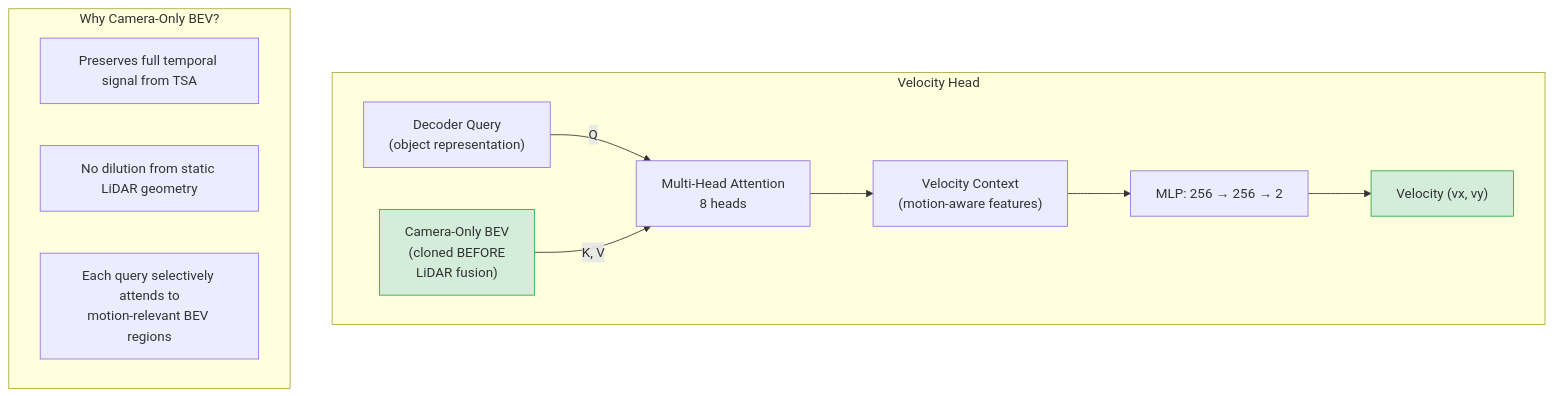
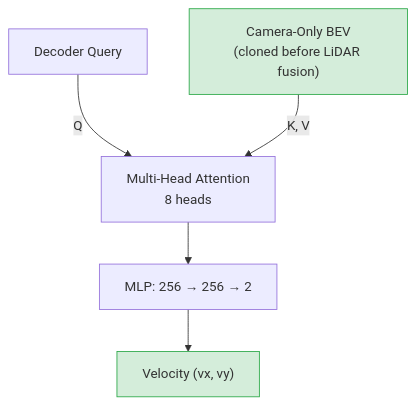
One commit to xiaotwu/BEVFormerFusion changed the third of 4 diagrams in doc/07-detection-heads.md. Above: the diagram before and after it, drawn with Mermaid. The commit also changed other lines of this file and 14 other files, not shown here.

Commit message:
Add Velocity Head documentation and update navigation links across chapters

````diff
--- a/doc/07-detection-heads.md
+++ b/doc/07-detection-heads.md
@@ -149,23 +126,13 @@
 ```mermaid
 graph TD
-    subgraph "Velocity Head"
-        DQ["Decoder Query<br/>(object representation)"]
-        CAM["Camera-Only BEV<br/>(cloned BEFORE<br/>LiDAR fusion)"]
+    DQ["Decoder Query"]
+    CAM["Camera-Only BEV<br/>(cloned before LiDAR fusion)"]
 
-        DQ -->|"Q"| MHA["Multi-Head Attention<br/>8 heads"]
-        CAM -->|"K, V"| MHA
-
-        MHA --> CTX["Velocity Context<br/>(motion-aware features)"]
-        CTX --> MLP["MLP: 256 → 256 → 2"]
-        MLP --> VEL["Velocity (vx, vy)"]
-    end
-
-    subgraph "Why Camera-Only BEV?"
-        P1["Preserves full temporal signal from TSA"]
-        P2["No dilution from static LiDAR geometry"]
-        P3["Each query selectively attends to<br/>motion-relevant BEV regions"]
-    end
+    DQ -->|"Q"| MHA["Multi-Head Attention<br/>8 heads"]
+    CAM -->|"K, V"| MHA
+    MHA --> MLP["MLP: 256 → 256 → 2"]
+    MLP --> VEL["Velocity (vx, vy)"]
 
     style CAM fill:#d4edda,stroke:#28a745
     style VEL fill:#d4edda,stroke:#28a745
 ```
````
